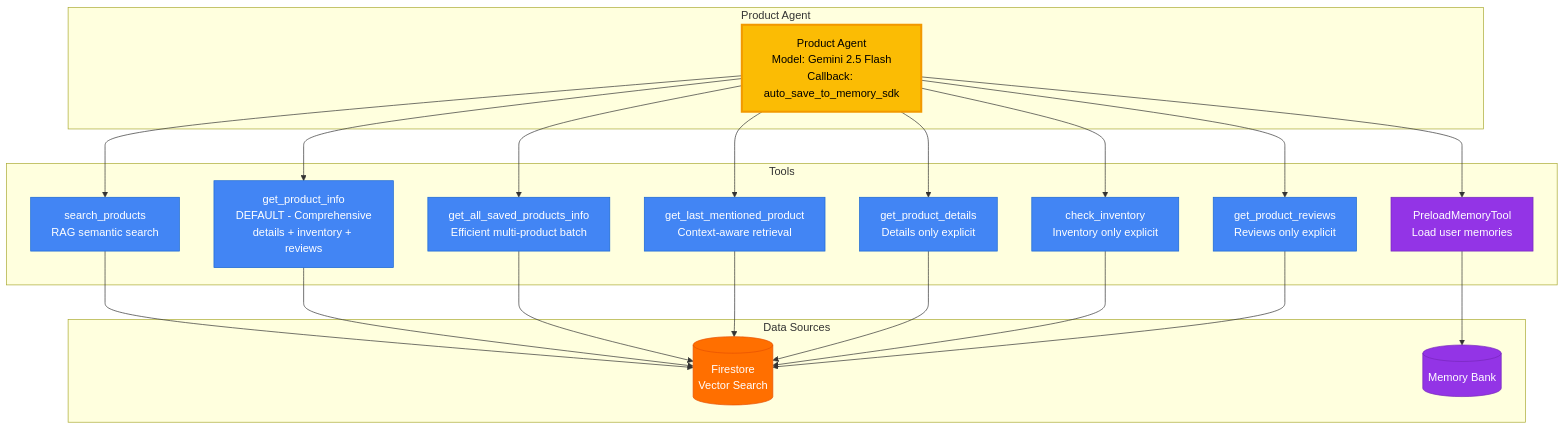
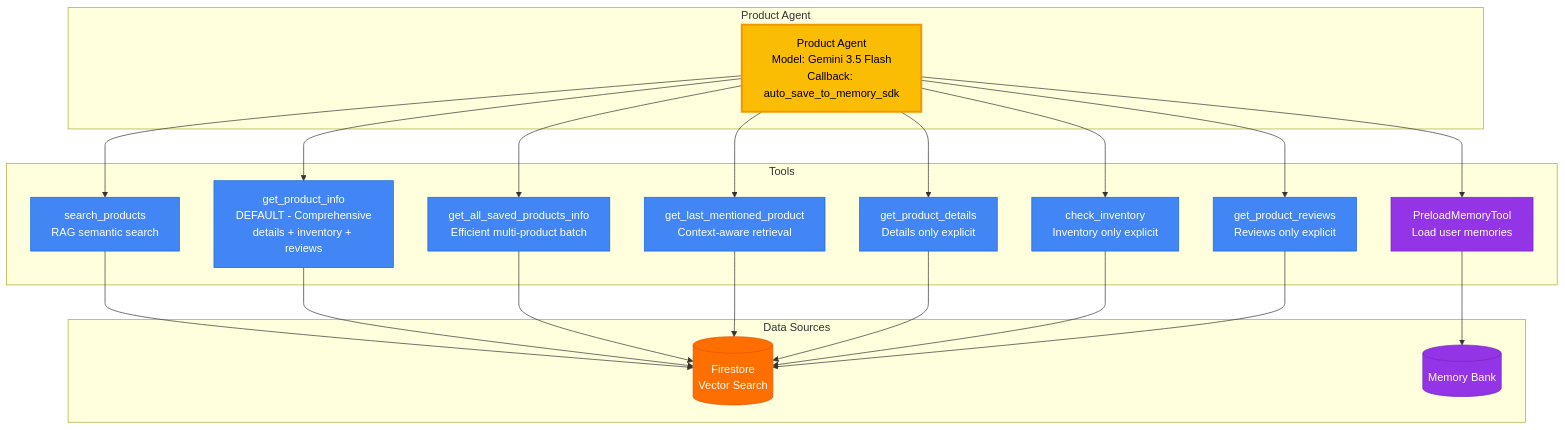
One commit to Saoussen-CH/adk-multiagent-production-template changed the fourth of 6 diagrams in docs/ARCHITECTURE.md. Above: the diagram before and after it, drawn with Mermaid. The commit also changed other lines of this file and 10 other files, not shown here.

First line of the commit message:
docs: update stale Gemini 2.5 Pro/Flash references to 3.5 Flash

````diff
--- a/docs/ARCHITECTURE.md
+++ b/docs/ARCHITECTURE.md
@@ -238,52 +238,52 @@
 ```mermaid
 graph TB
     subgraph "Product Agent"
-        Agent[Product Agent<br/>Model: Gemini 2.5 Flash<br/>Callback: auto_save_to_memory_sdk]
+        Agent[Product Agent<br/>Model: Gemini 3.5 Flash<br/>Callback: auto_save_to_memory_sdk]
     end
 
     subgraph "Tools"
         T1[PreloadMemoryTool<br/>Load user memories]
         T2[search_products<br/>RAG semantic search]
         T3[get_product_info<br/>DEFAULT - Comprehensive<br/>details + inventory + reviews]
         T4[get_all_saved_products_info<br/>Efficient multi-product batch]
         T5[get_last_mentioned_product<br/>Context-aware retrieval]
         T6[get_product_details<br/>Details only explicit]
         T7[check_inventory<br/>Inventory only explicit]
         T8[get_product_reviews<br/>Reviews only explicit]
     end
 
     subgraph "Data Sources"
         Firestore[(Firestore<br/>Vector Search)]
         Memory[(Memory Bank)]
     end
 
     Agent --> T1
     Agent --> T2
     Agent --> T3
     Agent --> T4
     Agent --> T5
     Agent --> T6
     Agent --> T7
     Agent --> T8
 
     T1 --> Memory
     T2 --> Firestore
     T3 --> Firestore
     T4 --> Firestore
     T5 --> Firestore
     T6 --> Firestore
     T7 --> Firestore
     T8 --> Firestore
 
     style Agent fill:#FBBC04,stroke:#F29900,color:#000,stroke-width:3px
     style T1 fill:#9334E6,stroke:#7627BB,color:#fff
     style T2 fill:#4285F4,stroke:#1967D2,color:#fff
     style T3 fill:#4285F4,stroke:#1967D2,color:#fff
     style T4 fill:#4285F4,stroke:#1967D2,color:#fff
     style T5 fill:#4285F4,stroke:#1967D2,color:#fff
     style T6 fill:#4285F4,stroke:#1967D2,color:#fff
     style T7 fill:#4285F4,stroke:#1967D2,color:#fff
     style T8 fill:#4285F4,stroke:#1967D2,color:#fff
     style Firestore fill:#FF6F00,stroke:#E65100,color:#fff
     style Memory fill:#9334E6,stroke:#7627BB,color:#fff
 ```
````
